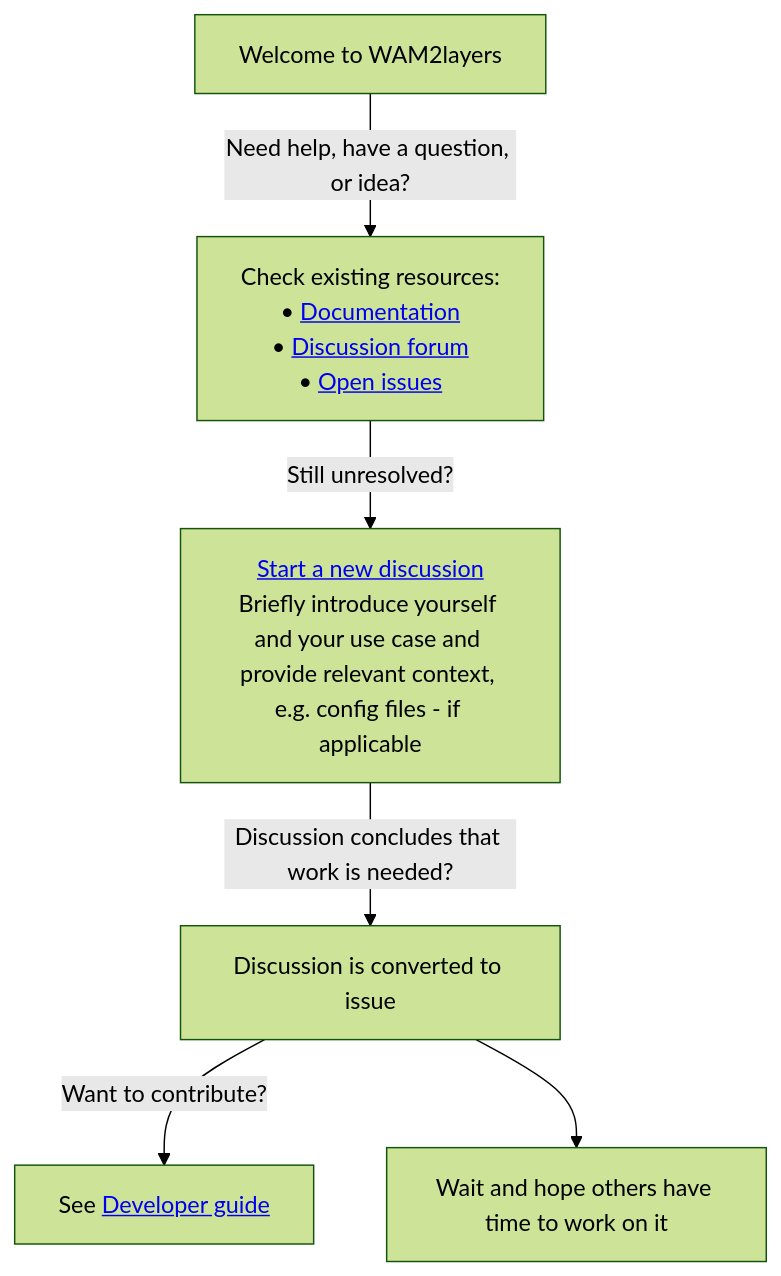
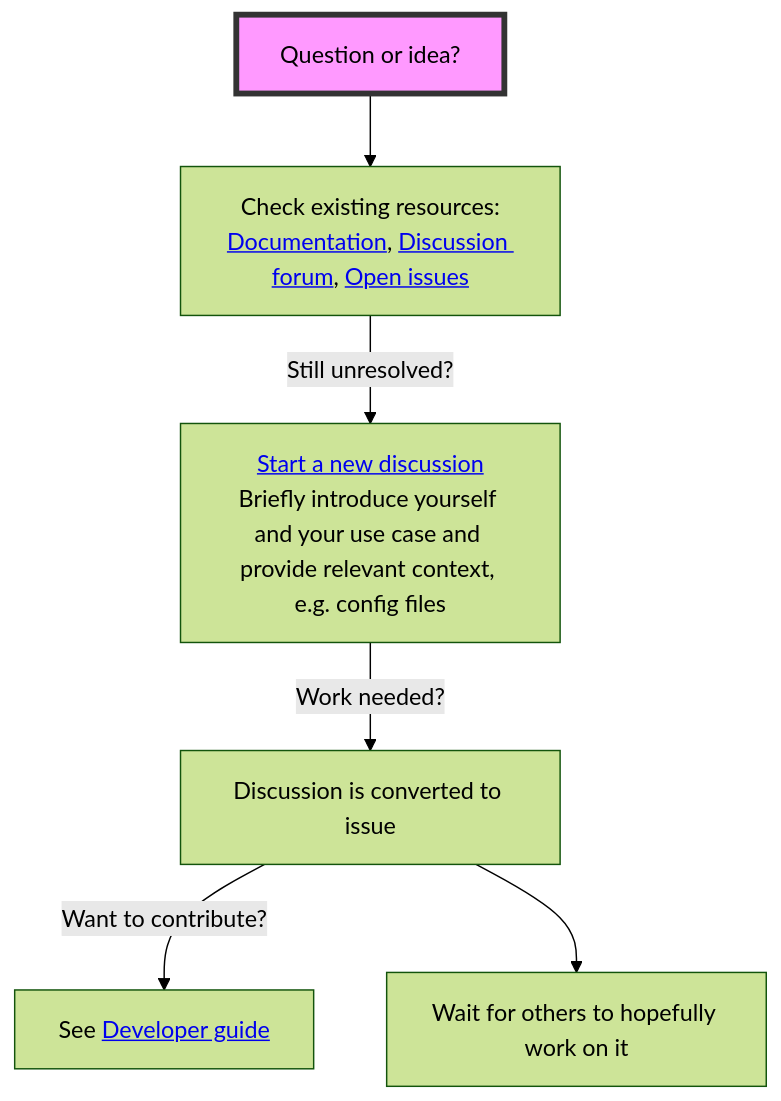
One commit to WAM2layers/WAM2layers changed the diagram in README.md. Above: the diagram before and after it, drawn with Mermaid (forest theme).

Commit message:
further polish flowchart

````diff
--- a/README.md
+++ b/README.md
@@ -36,8 +36,11 @@
 ```mermaid
 graph TD
-    A[Welcome to WAM2layers] --> |Need help, have a question, or idea?| B[Check existing resources:<br>• <a href='https://wam2layers.readthedocs.io'>Documentation</a><br>• <a href='https://github.com/WAM2layers/WAM2layers/discussions'>Discussion forum</a><br>• <a href='https://github.com/WAM2layers/WAM2layers/issues'>Open issues</a>]
-    B --> |Still unresolved?| C[<a href="https://github.com/WAM2layers/WAM2layers/discussions/new">Start a new discussion</a><br>Briefly introduce yourself and your use case and provide relevant context, e.g. config files - if applicable]
-    C --> |Discussion concludes that work is needed?| D[Discussion is converted to issue]
+    A[Question or idea?] --> B[Check existing resources:<br><a href='https://wam2layers.readthedocs.io'>Documentation</a>, <a href='https://github.com/WAM2layers/WAM2layers/discussions'>Discussion forum</a>, <a href='https://github.com/WAM2layers/WAM2layers/issues'>Open issues</a>]
+    B --> |Still unresolved?| C[<a href="https://github.com/WAM2layers/WAM2layers/discussions/new">Start a new discussion</a><br>Briefly introduce yourself and your use case and provide relevant context, e.g. config files]
+    C --> |Work needed?| D[Discussion is converted to issue]
     D --> |Want to contribute?| E[See <a href='https://wam2layers.readthedocs.io/en/latest/develop.html'>Developer guide</a>]
-    D --> F[Wait and hope others have time to work on it]
+    D --> F[Wait for others to hopefully work on it]
+
+    class A startStep;
+    classDef startStep fill:#f9f,stroke:#333,stroke-width:4px,font-size:16px;
 ```
````
